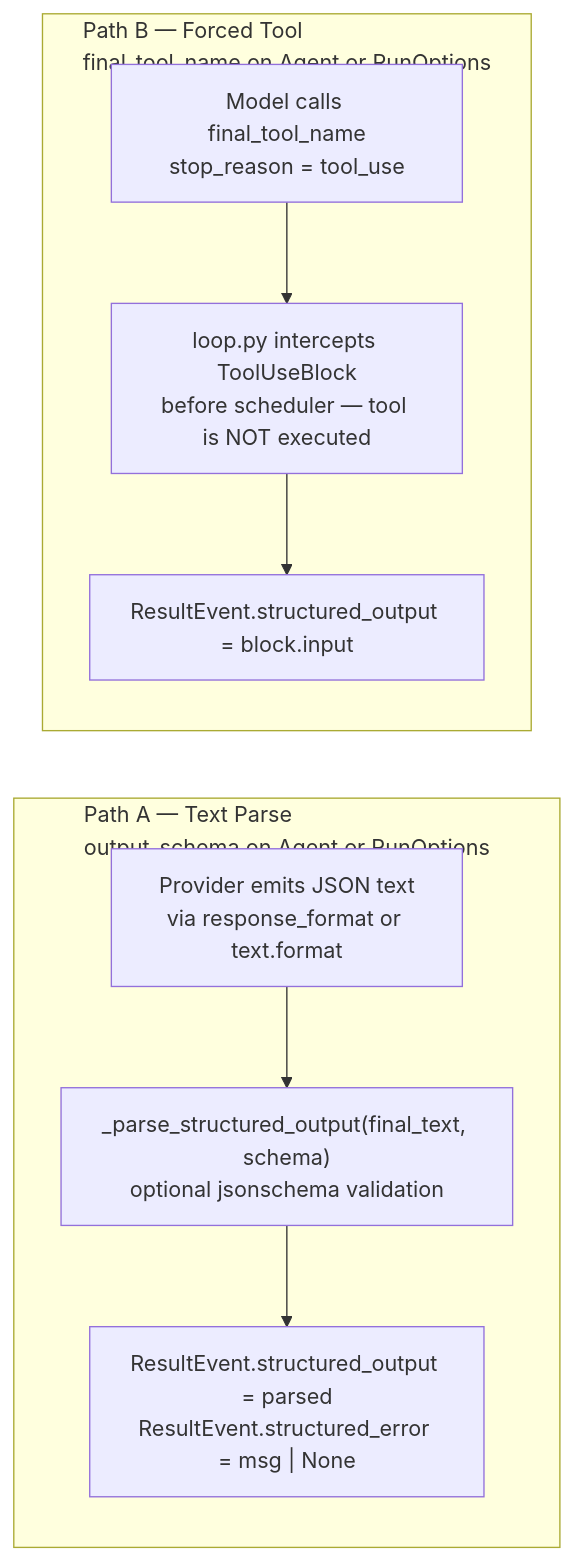
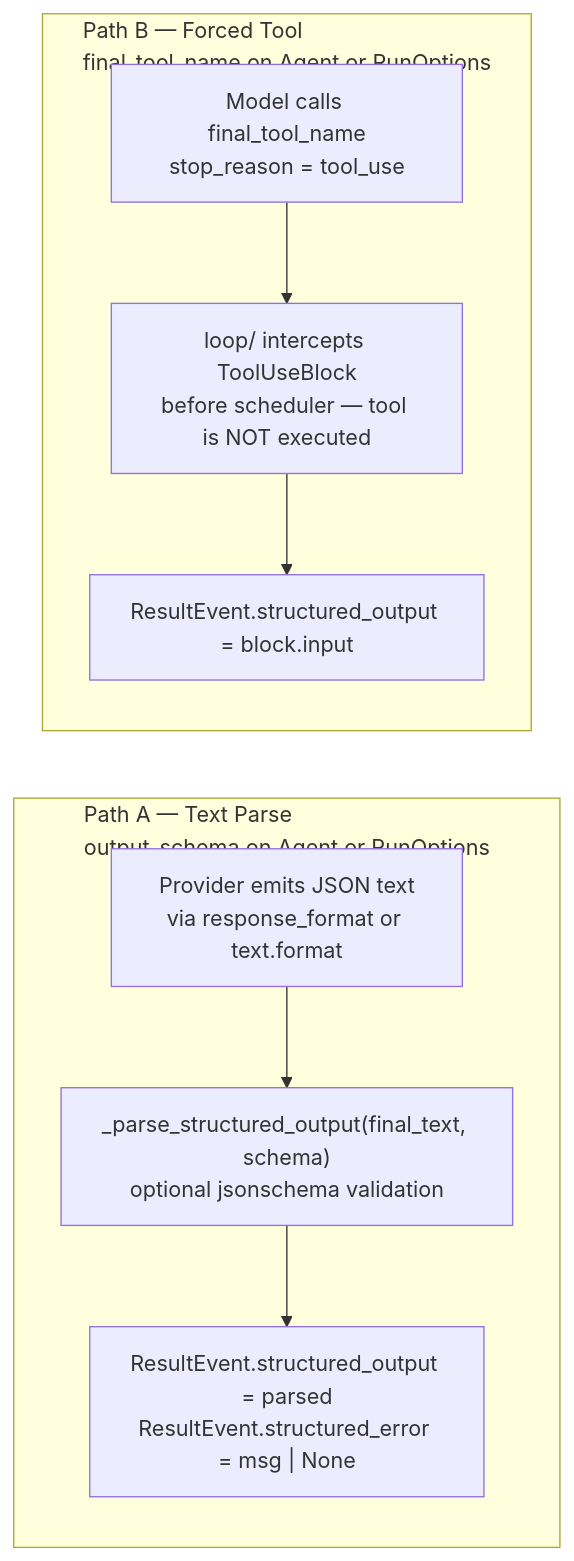
Diagram 14 of 14 in docs/architecture.md (DuyTa506/linch), drawn with Mermaid before and after one commit. The commit also changed other lines of this file and 10 other files, not shown here.

````diff
--- a/docs/architecture.md
+++ b/docs/architecture.md
@@ -825,18 +827,18 @@
 ```mermaid
 flowchart LR
     subgraph A["Path A — Text Parse\noutput_schema on Agent or RunOptions"]
         direction TB
         A1["Provider emits JSON text\nvia response_format or text.format"]
         A2["_parse_structured_output(final_text, schema)\noptional jsonschema validation"]
         A3["ResultEvent.structured_output = parsed\nResultEvent.structured_error = msg | None"]
         A1 --> A2 --> A3
     end
 
     subgraph B["Path B — Forced Tool\nfinal_tool_name on Agent or RunOptions"]
         direction TB
         B1["Model calls final_tool_name\nstop_reason = tool_use"]
-        B2["loop.py intercepts ToolUseBlock\nbefore scheduler — tool is NOT executed"]
+        B2["loop/ intercepts ToolUseBlock\nbefore scheduler — tool is NOT executed"]
         B3["ResultEvent.structured_output = block.input"]
         B1 --> B2 --> B3
     end
 ```
````
